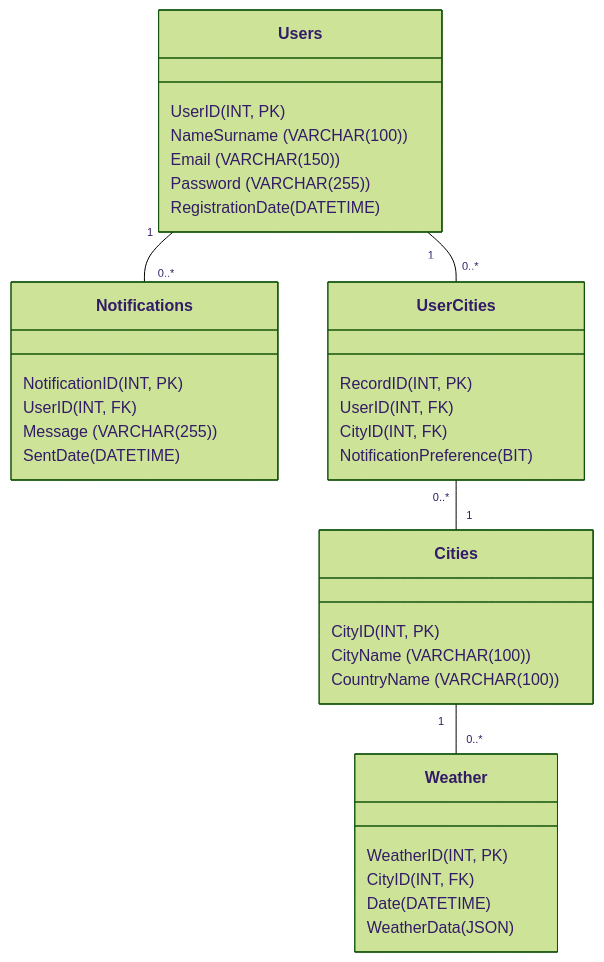
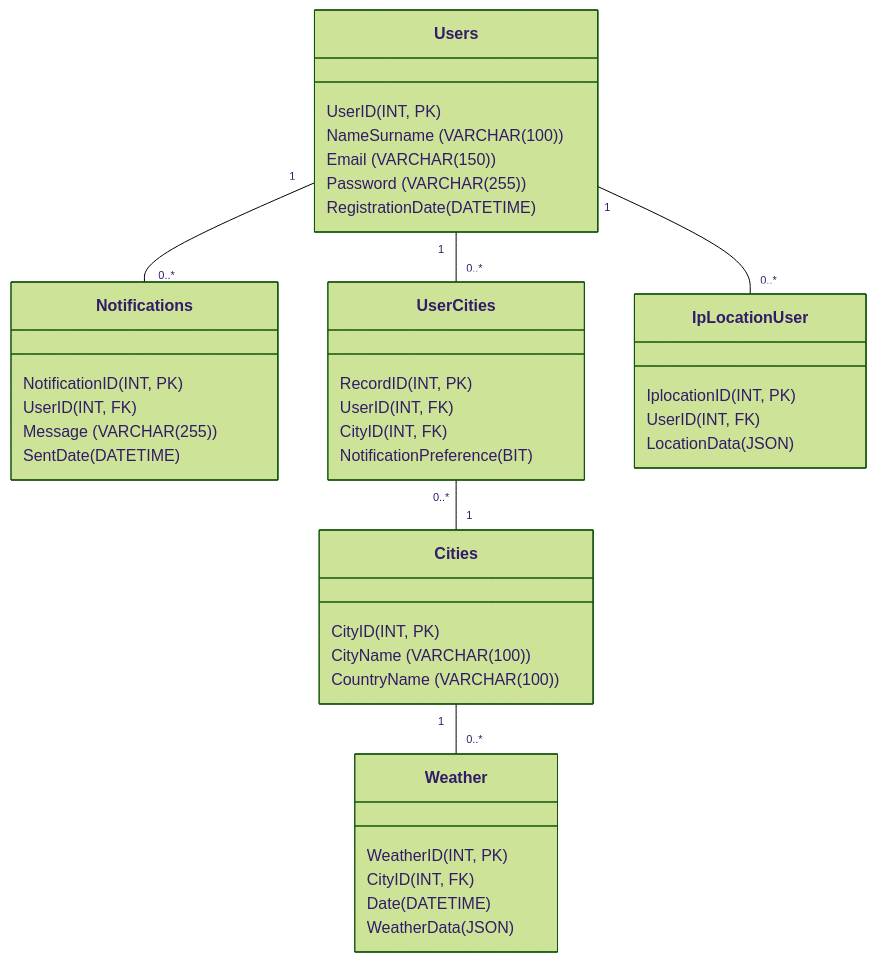
The diagram in README.md (EnesEfeTokta/WeatherPlusZero), drawn with Mermaid (forest theme) before and after one commit. The commit also changed other lines of this file and 5 other files, not shown here.

````diff
--- a/README.md
+++ b/README.md
@@ -138,38 +138,44 @@
 ```mermaid
 classDiagram
     class Users{
         UserID (INT, PK)
         NameSurname (VARCHAR(100))
         Email (VARCHAR(150))
         Password (VARCHAR(255))
         RegistrationDate (DATETIME)
     }
     class Notifications{
         NotificationID (INT, PK)
         UserID (INT, FK)
         Message (VARCHAR(255))
         SentDate (DATETIME)
     }
     class UserCities{
         RecordID (INT, PK)
         UserID (INT, FK)
         CityID (INT, FK)
         NotificationPreference (BIT)
     }
     class Cities{
         CityID (INT, PK)
         CityName (VARCHAR(100))
         CountryName (VARCHAR(100))
     }
     class Weather{
         WeatherID (INT, PK)
         CityID (INT, FK)
         Date (DATETIME)
-	WeatherData (JSON)
+	  WeatherData (JSON)
+    }
+    class IpLocationUser{
+      IplocationID (INT, PK)
+      UserID (INT, FK)
+      LocationData (JSON)
     }
 
     Users "1" -- "0..*" Notifications
     Users "1" -- "0..*" UserCities
+    Users "1" -- "0..*" IpLocationUser
     UserCities "0..*" -- "1" Cities
     Cities "1" -- "0..*" Weather
 ```
````
